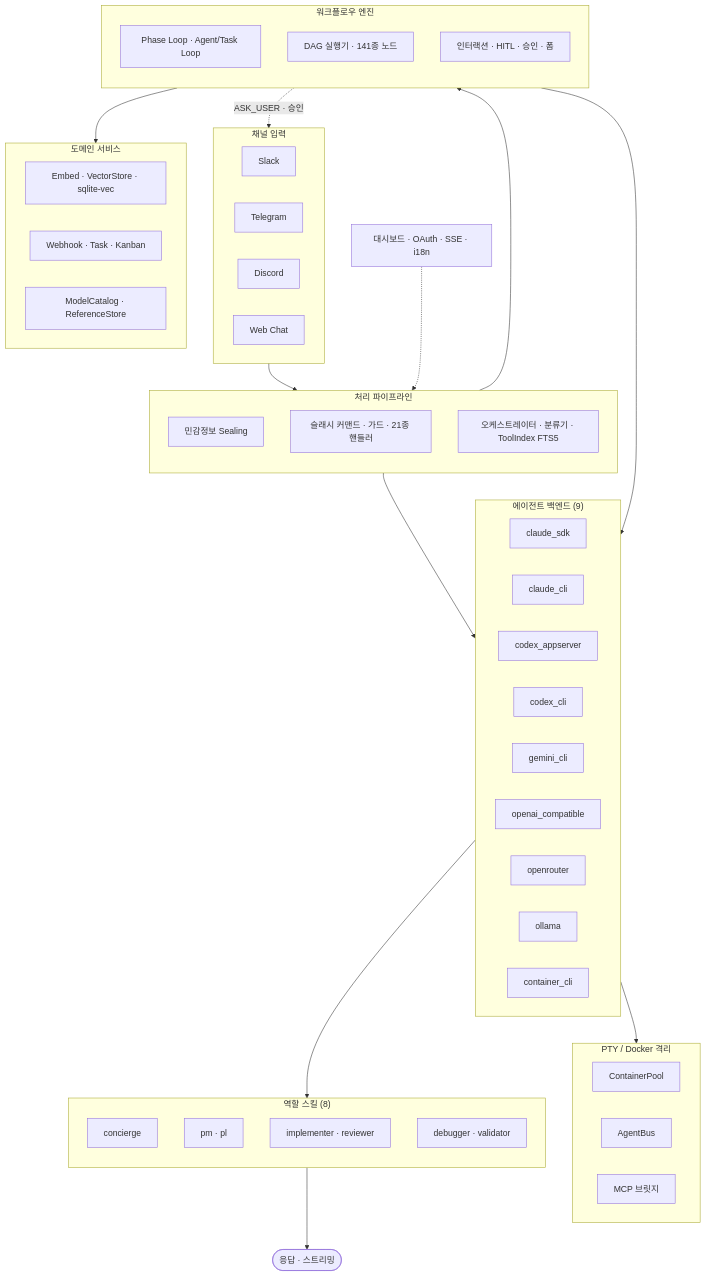
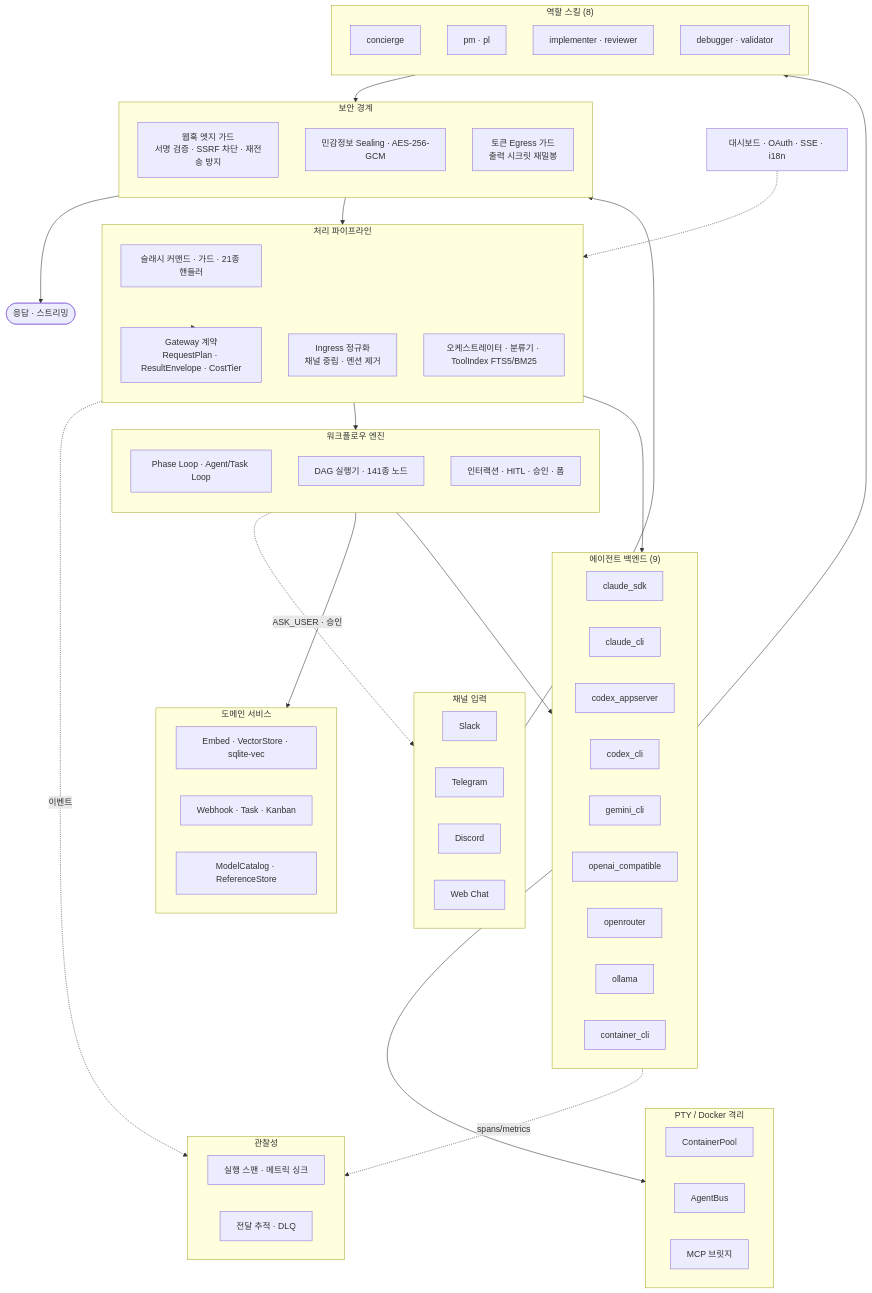
Before and after one commit to berrzebb/SoulFlow-Orchestrator: the first of 3 diagrams in README.md, drawn with Mermaid. The commit also changed other lines of this file and 21 other files, not shown here.

First line of the commit message:
docs: 문서 전체 업데이트 + 아키텍처 다이어그램 + provider alias 버그 수정

````diff
--- a/README.md
+++ b/README.md
@@ -38,11 +38,19 @@
         WEB[Web Chat]
     end
 
+    subgraph Security["보안 경계"]
+        direction TB
+        WHOOK[웹훅 엣지 가드\n서명 검증 · SSRF 차단 · 재전송 방지]
+        SEAL[민감정보 Sealing · AES-256-GCM]
+        EGRS[토큰 Egress 가드\n출력 시크릿 재밀봉]
+    end
+
     subgraph Pipeline["처리 파이프라인"]
         direction TB
-        SEAL[민감정보 Sealing]
         CMD[슬래시 커맨드 · 가드 · 21종 핸들러]
-        ORCH[오케스트레이터 · 분류기 · ToolIndex FTS5]
+        NGRD[Ingress 정규화\n채널 중립 · 멘션 제거]
+        ORCH[오케스트레이터 · 분류기 · ToolIndex FTS5/BM25]
+        GW[Gateway 계약\nRequestPlan · ResultEnvelope · CostTier]
     end
 
     subgraph Backends["에이전트 백엔드 (9)"]
@@ -87,16 +95,27 @@
         CATALOG[ModelCatalog · ReferenceStore]
     end
 
+    subgraph Observability["관찰성"]
+        direction LR
+        SPANS[실행 스팬 · 메트릭 싱크]
+        TRACE[전달 추적 · DLQ]
+    end
+
     DASH[대시보드 · OAuth · SSE · i18n]
 
-    Channels --> Pipeline
-    Pipeline --> Backends
-    Pipeline --> Workflows
+    Channels --> Security
+    Security --> Pipeline
+    Pipeline --> GW
+    GW --> Backends
+    GW --> Workflows
     Workflows --> Backends
     INTERACT -.->|ASK_USER · 승인| Channels
     CTR --> PTY
     Backends --> Skills
-    Skills --> OUT([응답 · 스트리밍])
+    Skills --> EGRS
+    EGRS --> OUT([응답 · 스트리밍])
     Workflows --> Services
     DASH -.-> Pipeline
+    Backends -.->|spans/metrics| Observability
+    Pipeline -.->|이벤트| Observability
 ```
````
